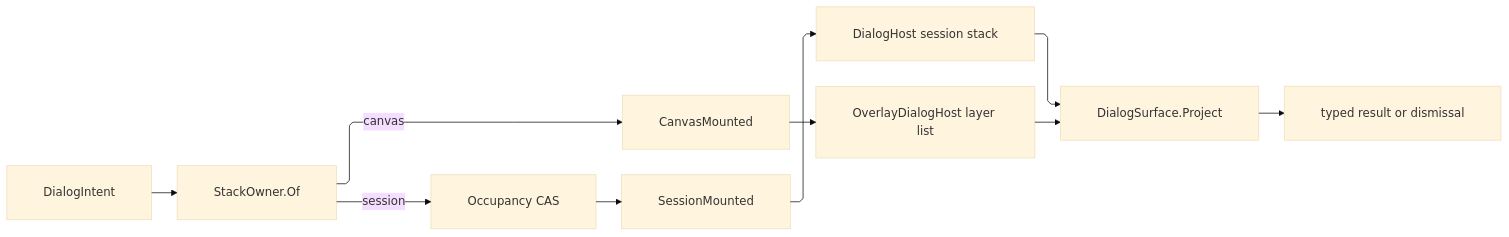
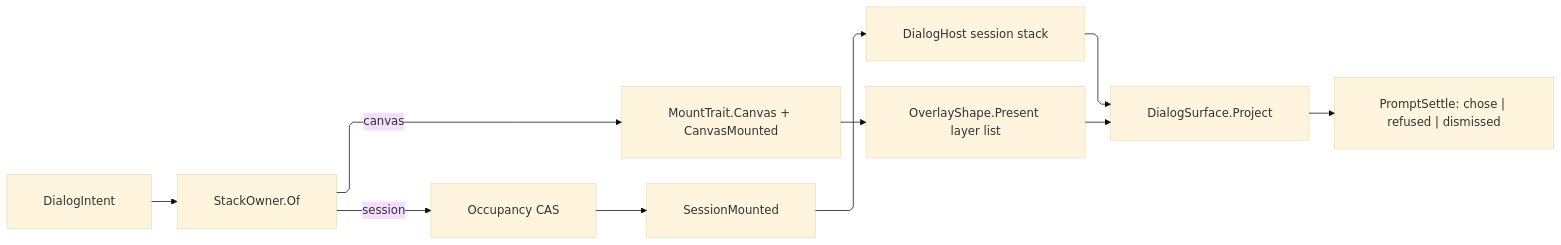
Before and after one commit to bsamiee/Rasm: the first of 2 diagrams in libs/csharp/Rasm.AppUi/.planning/Shell/dialogs.md, drawn with Mermaid (base theme). The commit also changed other lines of this file and 818 other files, not shown here.

````diff
--- a/libs/csharp/Rasm.AppUi/.planning/Shell/dialogs.md
+++ b/libs/csharp/Rasm.AppUi/.planning/Shell/dialogs.md
@@ -656,21 +840,21 @@
 ```mermaid
 ---
 config:
   layout: elk
   flowchart:
     curve: linear
     padding: 25
 ---
 flowchart LR
     accTitle: Intent routing across the two stack owners
-    accDescr: A dialog intent resolving through the stack-owner projection into either the DialogHost session stack under its occupancy reservation or the Ursa overlay canvas under its layer list, both crossing a mount-bound presence fact first and both projecting their erased result onto the Fin rail.
+    accDescr: A dialog intent resolving through the stack-owner projection into either the DialogHost session stack under its occupancy reservation or the Ursa overlay canvas under its layer list, both crossing a mount-bound presence fact first and both projecting their erased result onto one prompt settle carrier.
     DialogIntent --> StackOwner["StackOwner.Of"]
     StackOwner -->|session| Reserve["Occupancy CAS"]
-    StackOwner -->|canvas| CanvasFact["CanvasMounted"]
+    StackOwner -->|canvas| CanvasFact["MountTrait.Canvas + CanvasMounted"]
     Reserve --> SessionFact["SessionMounted"]
     SessionFact --> DialogHost["DialogHost session stack"]
-    CanvasFact --> Overlay["OverlayDialogHost layer list"]
+    CanvasFact --> Overlay["OverlayShape.Present layer list"]
     DialogHost --> Project["DialogSurface.Project"]
     Overlay --> Project
-    Project --> Result["typed result or dismissal"]
+    Project --> Result["PromptSettle: chose | refused | dismissed"]
 ```
````
